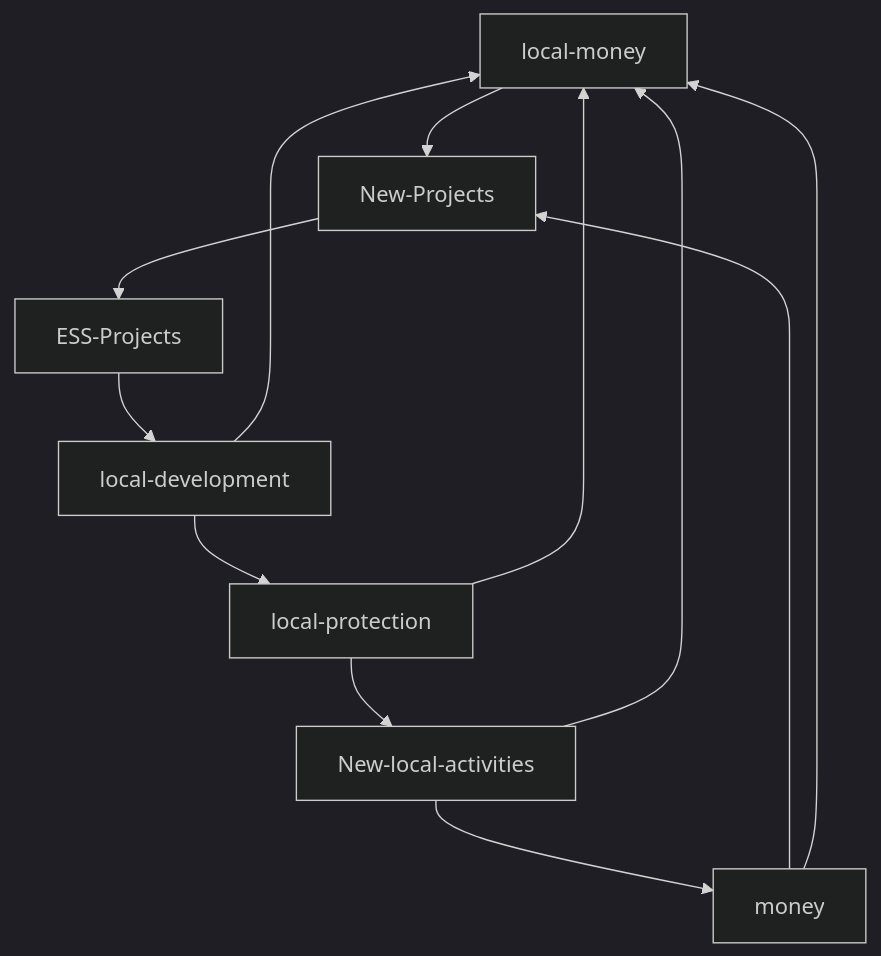
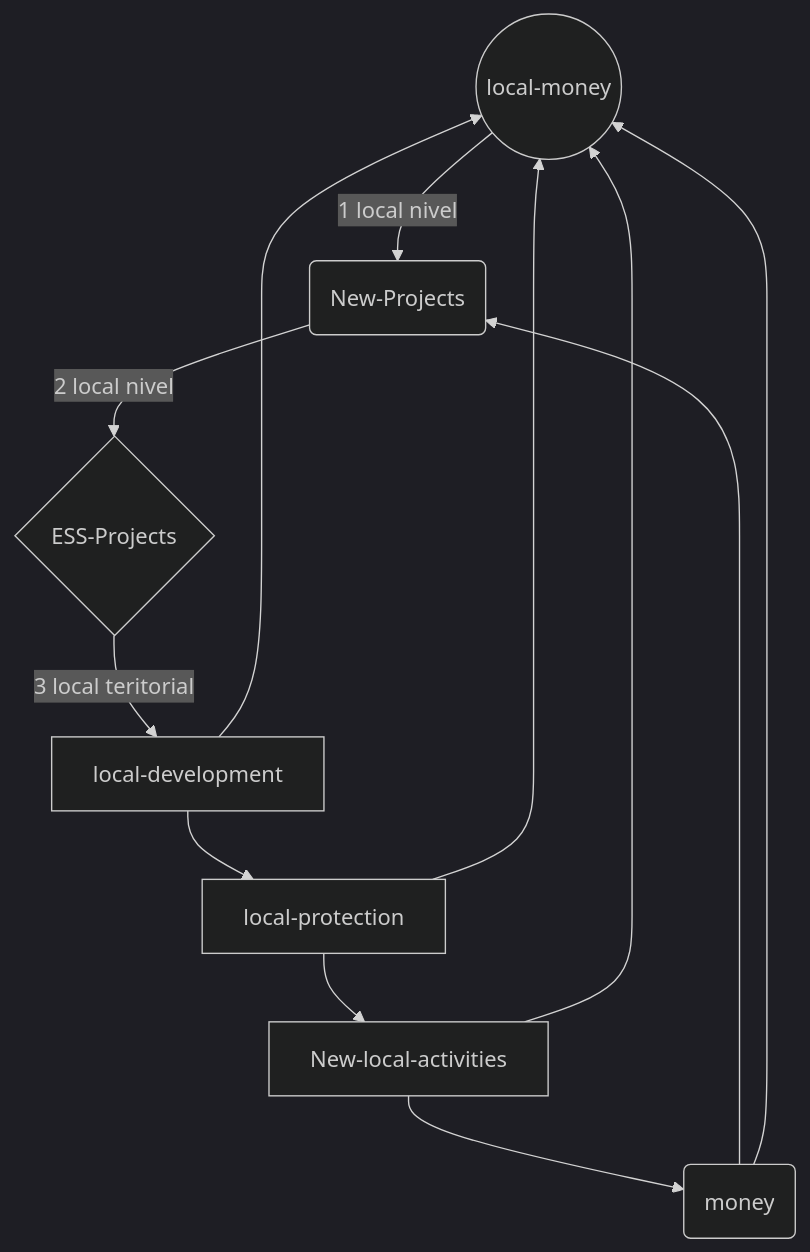
One commit to franckdun/LocalCurrencies changed the diagram in README.md. Above: the diagram before and after it, drawn with Mermaid (dark theme). The commit also changed other lines of this file, not shown here.

````diff
--- a/README.md
+++ b/README.md
@@ -35,15 +35,15 @@
 ```mermaid
-  graph TD;
-       local-money-->New-Projects;
-       ESS-Projects-->local-development;
+  graph TD
+       A((local-money))--1 local nivel-->D(New-Projects);
+       B{ESS-Projects}-- 3 local teritorial -->local-development;
        local-development-->local-protection;
-       local-development-->local-money;
+       local-development-->A((local-money));
        local-protection-->New-local-activities;
-       local-protection-->local-money;
-       New-local-activities-->local-money;
-       New-local-activities-->money;
-       money-->New-Projects;
-       money-->local-money;
-       New-Projects-->ESS-Projects;
+       local-protection-->A((local-money));
+       New-local-activities-->A((local-money));
+       New-local-activities-->C(money);
+       C(money)-->D(New-Projects);
+       C(money)-->A((local-money));
+       D(New-Projects)-- 2 local nivel -->B{ESS-Projects};
 
 ```
````
